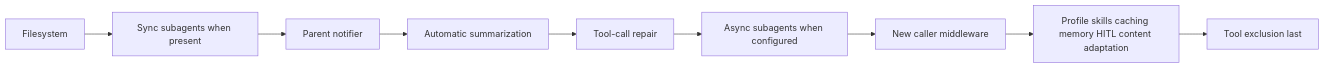
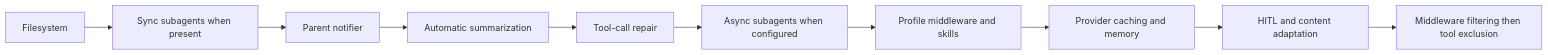
The second of 4 diagrams in openwiki/concepts/middleware-catalog.md (langchain-ai/deepagents), drawn with Mermaid before and after one commit. The commit also changed other lines of this file and 53 other files, not shown here.

````diff
--- a/openwiki/concepts/middleware-catalog.md
+++ b/openwiki/concepts/middleware-catalog.md
@@ -86,11 +60,12 @@
 ```mermaid
 flowchart LR
     Fs["Filesystem"] --> Sync["Sync subagents when present"]
     Sync --> Notify["Parent notifier"]
     Notify --> Summary["Automatic summarization"]
     Summary --> Repair["Tool-call repair"]
     Repair --> Async["Async subagents when configured"]
-    Async --> Custom["New caller middleware"]
-    Custom --> Tail["Profile skills caching memory HITL content adaptation"]
-    Tail --> Exclude["Tool exclusion last"]
+    Async --> Profile["Profile middleware and skills"]
+    Profile --> Cache["Provider caching and memory"]
+    Cache --> Safety["HITL and content adaptation"]
+    Safety --> Exclude["Middleware filtering then tool exclusion"]
 ```
````
